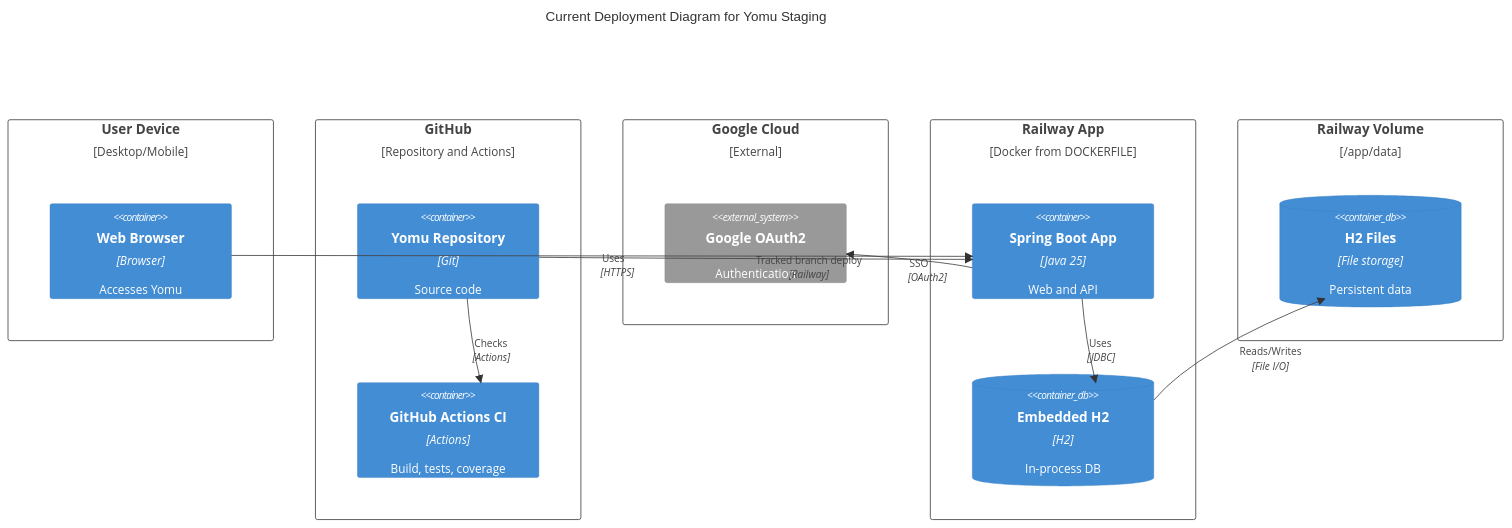
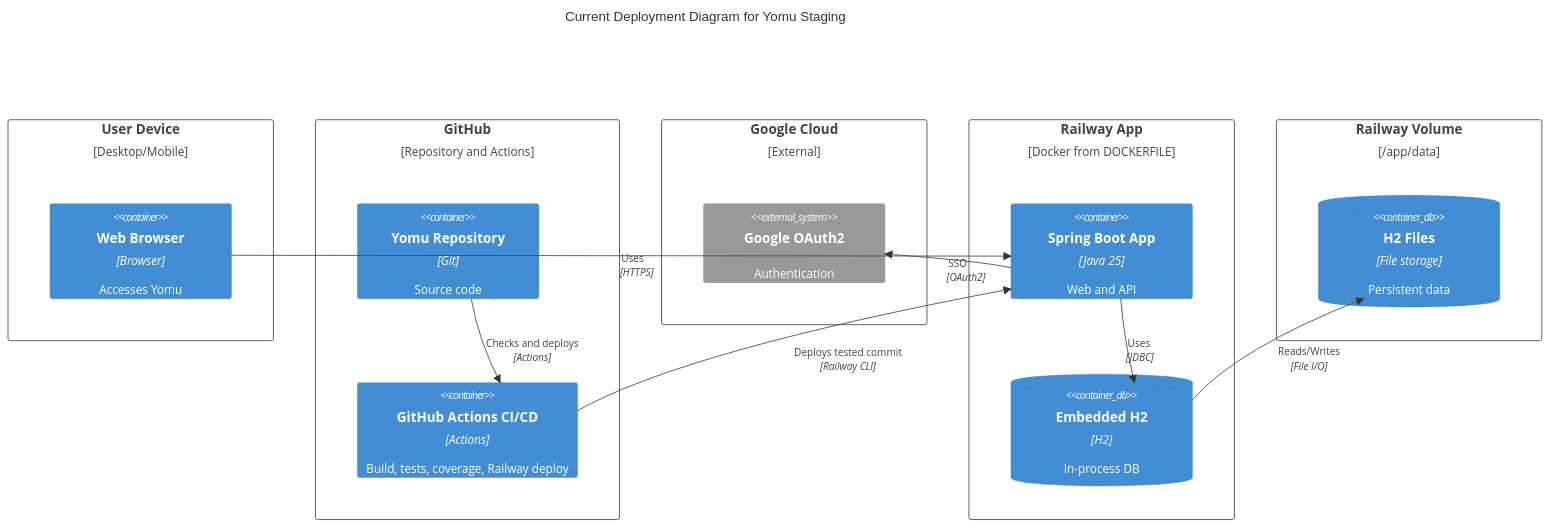
One commit to adpro-2026-B19-project/yomu changed the ninth of 14 diagrams in README.md. Above: the diagram before and after it, drawn with Mermaid. The commit also changed other lines of this file and 2 other files, not shown here.

````diff
--- a/README.md
+++ b/README.md
@@ -350,35 +367,35 @@
 ```mermaid
 C4Deployment
 title Current Deployment Diagram for Yomu Staging
 
 Deployment_Node(user_device, "User Device", "Desktop/Mobile") {
     Container(browser, "Web Browser", "Browser", "Accesses Yomu")
 }
 
 Deployment_Node(github, "GitHub", "Repository and Actions") {
     Container(repo, "Yomu Repository", "Git", "Source code")
-    Container(ci, "GitHub Actions CI", "Actions", "Build, tests, coverage")
+    Container(ci, "GitHub Actions CI/CD", "Actions", "Build, tests, coverage, Railway deploy")
 }
 
 Deployment_Node(google, "Google Cloud", "External") {
     System_Ext(google_oauth, "Google OAuth2", "Authentication")
 }
 
 Deployment_Node(app_container, "Railway App", "Docker from DOCKERFILE") {
     Container(web_app, "Spring Boot App", "Java 25", "Web and API")
     ContainerDb(h2_engine, "Embedded H2", "H2", "In-process DB")
 }
 
 Deployment_Node(volume, "Railway Volume", "/app/data") {
     ContainerDb(h2_files, "H2 Files", "File storage", "Persistent data")
 }
 
 Rel(browser, web_app, "Uses", "HTTPS")
-Rel(repo, ci, "Checks", "Actions")
-Rel(repo, web_app, "Tracked branch deploy", "Railway")
+Rel(repo, ci, "Checks and deploys", "Actions")
+Rel(ci, web_app, "Deploys tested commit", "Railway CLI")
 Rel(web_app, google_oauth, "SSO", "OAuth2")
 Rel(web_app, h2_engine, "Uses", "JDBC")
 Rel(h2_engine, h2_files, "Reads/Writes", "File I/O")
 
 UpdateLayoutConfig($c4ShapeInRow="3", $c4BoundaryInRow="5")
 ```
````
